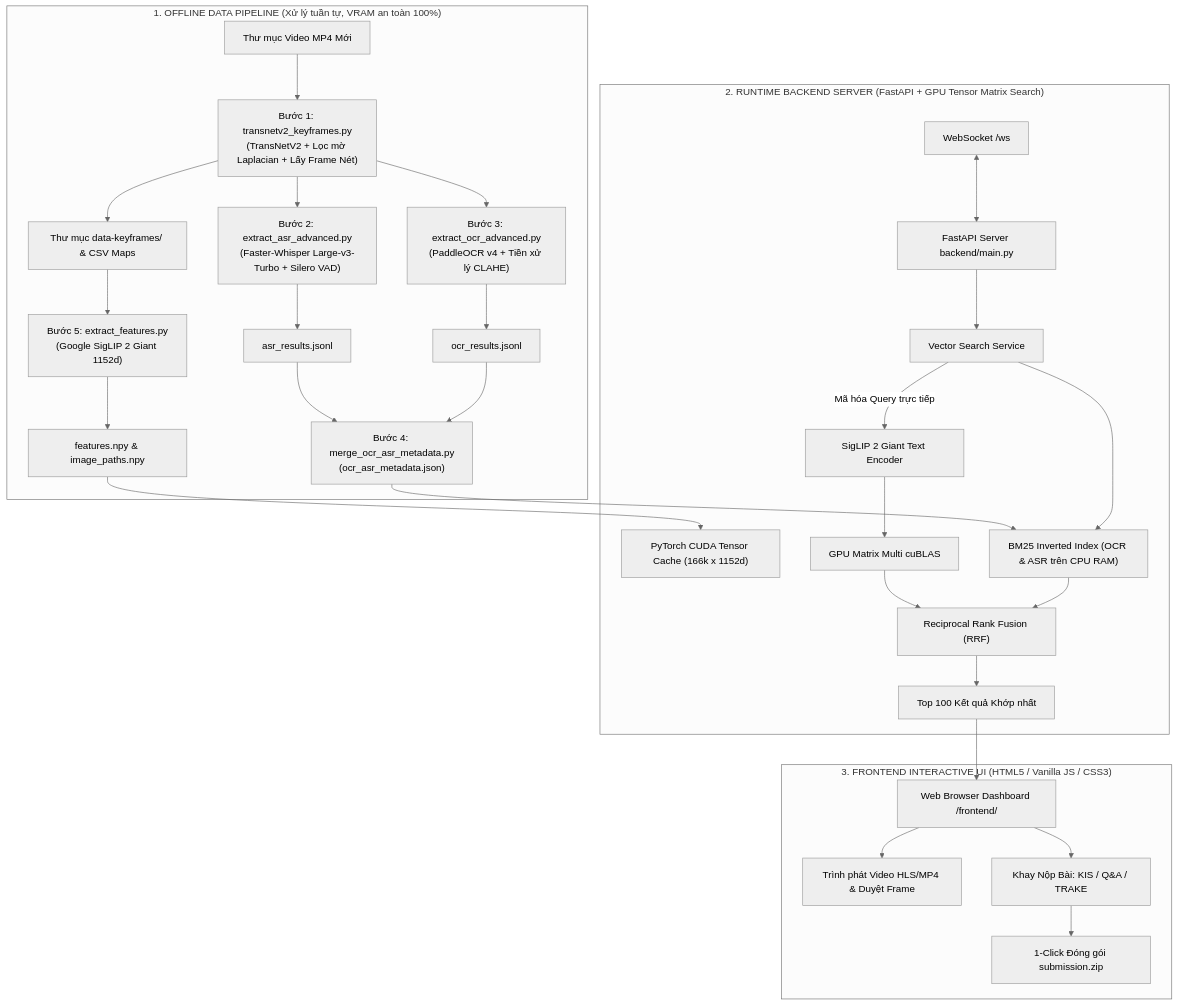
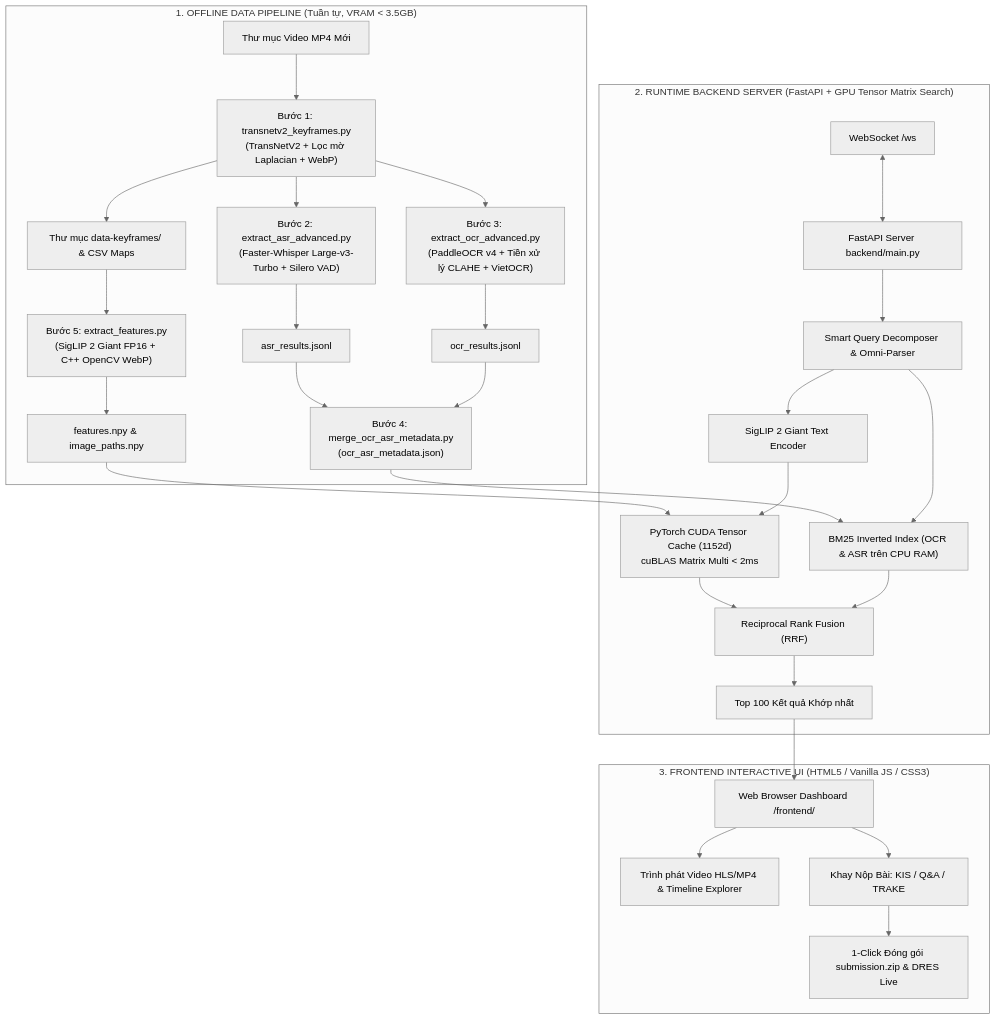
One commit to nblong07/code-c-a-Long changed the diagram in README.md. Above: the diagram before and after it, drawn with Mermaid (neutral theme). The commit also changed other lines of this file and 17 other files, not shown here.

````diff
--- a/README.md
+++ b/README.md
@@ -20,34 +21,34 @@
 ```mermaid
 graph TD
-    subgraph "1. OFFLINE DATA PIPELINE (Xử lý tuần tự, VRAM an toàn 100%)"
-        Raw_Videos[Thư mục Video MP4 Mới] --> Step1["Bước 1: transnetv2_keyframes.py<br/>(TransNetV2 + Lọc mờ Laplacian + Lấy Frame Nét)"]
+    subgraph "1. OFFLINE DATA PIPELINE (Tuần tự, VRAM < 3.5GB)"
+        Raw_Videos[Thư mục Video MP4 Mới] --> Step1["Bước 1: transnetv2_keyframes.py<br/>(TransNetV2 + Lọc mờ Laplacian + WebP)"]
         Step1 --> Keyframes["Thư mục data-keyframes/ & CSV Maps"]
         Step1 --> Step2["Bước 2: extract_asr_advanced.py<br/>(Faster-Whisper Large-v3-Turbo + Silero VAD)"]
-        Step1 --> Step3["Bước 3: extract_ocr_advanced.py<br/>(PaddleOCR v4 + Tiền xử lý CLAHE)"]
+        Step1 --> Step3["Bước 3: extract_ocr_advanced.py<br/>(PaddleOCR v4 + Tiền xử lý CLAHE + VietOCR)"]
         Step2 --> ASR_JSONL["asr_results.jsonl"]
         Step3 --> OCR_JSONL["ocr_results.jsonl"]
         ASR_JSONL & OCR_JSONL --> Step4["Bước 4: merge_ocr_asr_metadata.py<br/>(ocr_asr_metadata.json)"]
-        Keyframes --> Step5["Bước 5: extract_features.py<br/>(Google SigLIP 2 Giant 1152d)"]
+        Keyframes --> Step5["Bước 5: extract_features.py<br/>(SigLIP 2 Giant FP16 + C++ OpenCV WebP)"]
         Step5 --> Feats_NPY["features.npy & image_paths.npy"]
     end
 
     subgraph "2. RUNTIME BACKEND SERVER (FastAPI + GPU Tensor Matrix Search)"
-        Feats_NPY --> GPU_Tensor["PyTorch CUDA Tensor Cache (166k x 1152d)"]
+        Feats_NPY --> GPU_Tensor["PyTorch CUDA Tensor Cache (1152d)<br/>cuBLAS Matrix Multi < 2ms"]
         Step4 --> BM25_Engine["BM25 Inverted Index (OCR & ASR trên CPU RAM)"]
         
         Client_WS[WebSocket /ws] <--> Main_FastAPI[FastAPI Server backend/main.py]
-        Main_FastAPI --> VSS[Vector Search Service]
-        VSS -->|Mã hóa Query trực tiếp| SigLIP_Encoder[SigLIP 2 Giant Text Encoder]
-        SigLIP_Encoder --> Dense_Search[GPU Matrix Multi cuBLAS]
-        VSS --> BM25_Engine
-        Dense_Search & BM25_Engine --> RRF_Fusion["Reciprocal Rank Fusion (RRF)"]
+        Main_FastAPI --> Omni[Smart Query Decomposer & Omni-Parser]
+        Omni --> SigLIP_Encoder[SigLIP 2 Giant Text Encoder]
+        SigLIP_Encoder --> GPU_Tensor
+        Omni --> BM25_Engine
+        GPU_Tensor & BM25_Engine --> RRF_Fusion["Reciprocal Rank Fusion (RRF)"]
         RRF_Fusion --> Ranked_Results[Top 100 Kết quả Khớp nhất]
     end
 
     subgraph "3. FRONTEND INTERACTIVE UI (HTML5 / Vanilla JS / CSS3)"
         Ranked_Results --> Web_UI[Web Browser Dashboard /frontend/]
-        Web_UI --> Player[Trình phát Video HLS/MP4 & Duyệt Frame]
+        Web_UI --> Player[Trình phát Video HLS/MP4 & Timeline Explorer]
         Web_UI --> Tray[Khay Nộp Bài: KIS / Q&A / TRAKE]
-        Tray --> Submission_Packer[1-Click Đóng gói submission.zip]
+        Tray --> Submission_Packer[1-Click Đóng gói submission.zip & DRES Live]
     end
 ```
````
